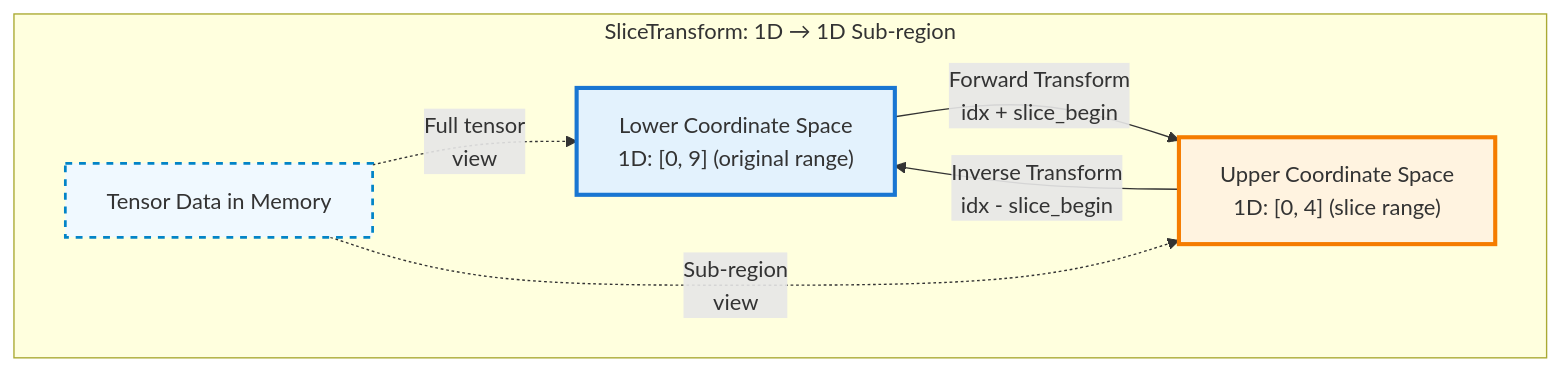
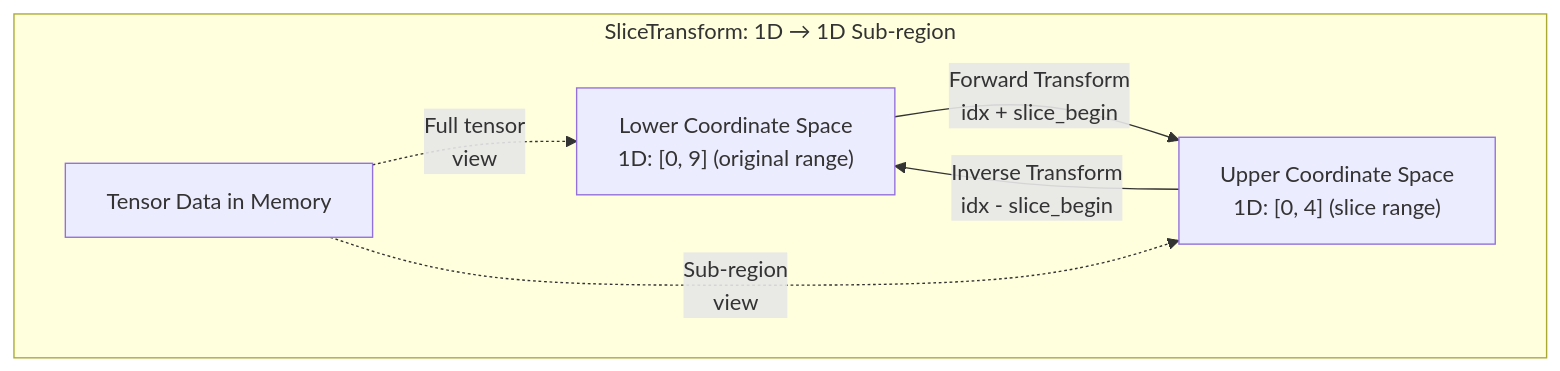
Diagram 11 of 12 in projects/composablekernel/docs/conceptual/ck_tile/transforms.rst (hdt98/rocm-libraries), drawn with Mermaid before and after one commit. The commit also changed other lines of this file and 21 other files, not shown here.

First line of the commit message:
[ck] Updated CK Tile documentation to use mermaid diagrams (#7955)

```diff
--- a/projects/composablekernel/docs/conceptual/ck_tile/transforms.rst
+++ b/projects/composablekernel/docs/conceptual/ck_tile/transforms.rst
@@ -675,19 +521,15 @@
-      .. mermaid::
-      
-         graph TB
-             subgraph "SliceTransform: 1D → 1D Sub-region"
-                 LS["Lower Coordinate Space<br/>1D: [0, 9] (original range)"]
-                 US["Upper Coordinate Space<br/>1D: [0, 4] (slice range)"]
-                 
-                 DATA["Tensor Data in Memory"]
-             end
-             
-             LS -->|"Forward Transform<br/>idx + slice_begin"| US
-             US -->|"Inverse Transform<br/>idx - slice_begin"| LS
-             
-             DATA -.->|"Full tensor<br/>view"| LS
-             DATA -.->|"Sub-region<br/>view"| US
-             
-             style LS fill:#e3f2fd,stroke:#1976d2,stroke-width:3px
-             style US fill:#fff3e0,stroke:#f57c00,stroke-width:3px
-             style DATA fill:#f0f9ff,stroke:#0284c7,stroke-width:2px,stroke-dasharray: 5 5
+.. mermaid::
+
+   graph TB
+       subgraph "SliceTransform: 1D → 1D Sub-region"
+           LS["Lower Coordinate Space<br/>1D: [0, 9] (original range)"]
+           US["Upper Coordinate Space<br/>1D: [0, 4] (slice range)"]
+
+           DATA["Tensor Data in Memory"]
+       end
+
+       LS -->|"Forward Transform<br/>idx + slice_begin"| US
+       US -->|"Inverse Transform<br/>idx - slice_begin"| LS
+
+       DATA -.->|"Full tensor<br/>view"| LS
+       DATA -.->|"Sub-region<br/>view"| US
```
